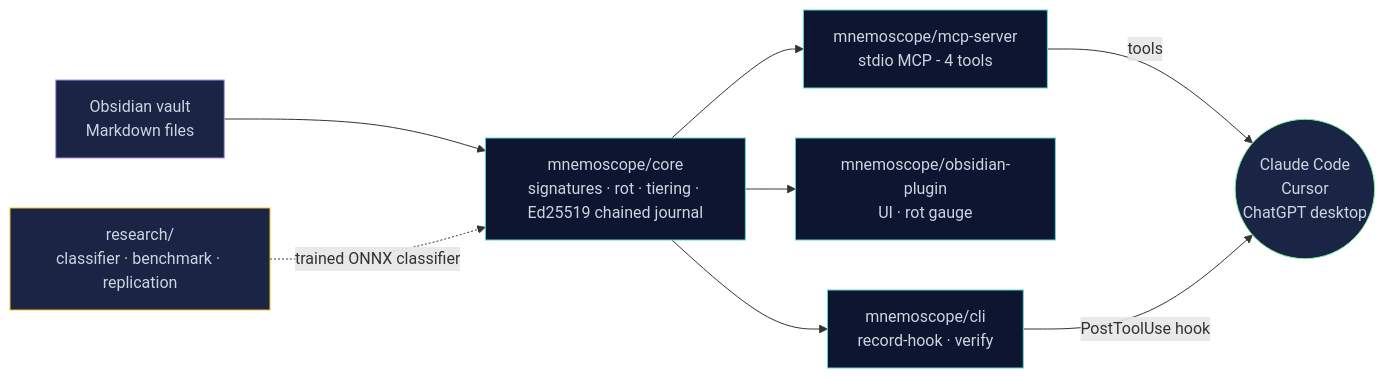
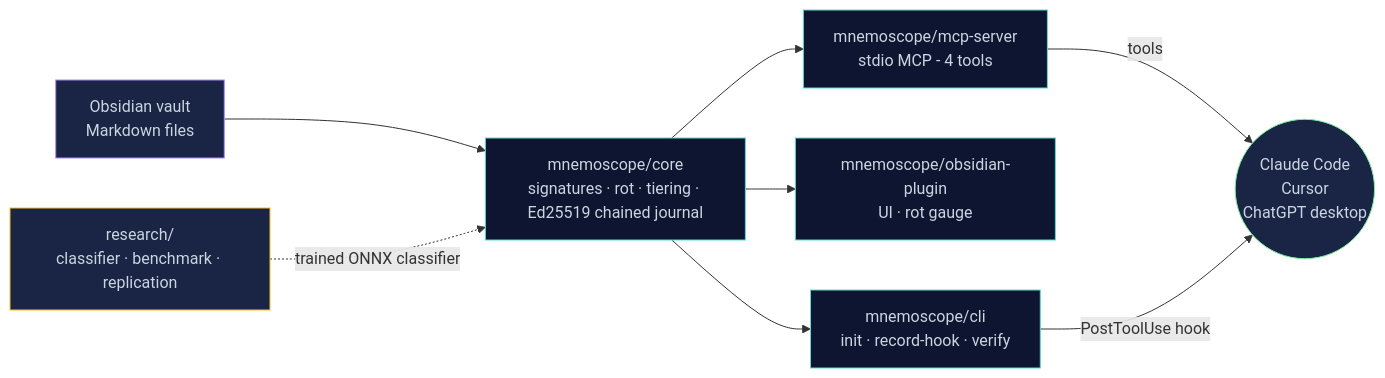
One commit to toonight/Mnemoscope changed the first of 2 diagrams in README.md. Above: the diagram before and after it, drawn with Mermaid. The commit also changed other lines of this file, not shown here.

````diff
--- a/README.md
+++ b/README.md
@@ -198,17 +224,17 @@
 ```mermaid
 flowchart LR
     A["Obsidian vault<br/>Markdown files"] --> B["mnemoscope/core<br/>signatures · rot · tiering · Ed25519 chained journal"]
     B --> C["mnemoscope/mcp-server<br/>stdio MCP - 4 tools"]
     B --> D["mnemoscope/obsidian-plugin<br/>UI · rot gauge"]
-    B --> G["mnemoscope/cli<br/>record-hook · verify"]
+    B --> G["mnemoscope/cli<br/>init · record-hook · verify"]
     C -->|tools| E(("Claude Code<br/>Cursor<br/>ChatGPT desktop"))
     G -->|PostToolUse hook| E
     F["research/<br/>classifier · benchmark · replication"] -.->|trained ONNX classifier| B
     style A fill:#1a2444,stroke:#a78bfa,color:#cbd5e1
     style B fill:#0e1530,stroke:#5fd9d1,color:#cbd5e1
     style C fill:#0e1530,stroke:#5fd9d1,color:#cbd5e1
     style D fill:#0e1530,stroke:#5fd9d1,color:#cbd5e1
     style G fill:#0e1530,stroke:#5fd9d1,color:#cbd5e1
     style E fill:#1a2444,stroke:#7cf09d,color:#cbd5e1
     style F fill:#1a2444,stroke:#fbbf24,color:#cbd5e1
 ```
````
